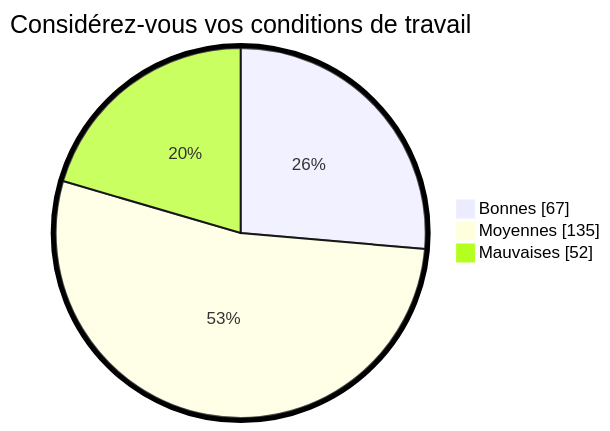
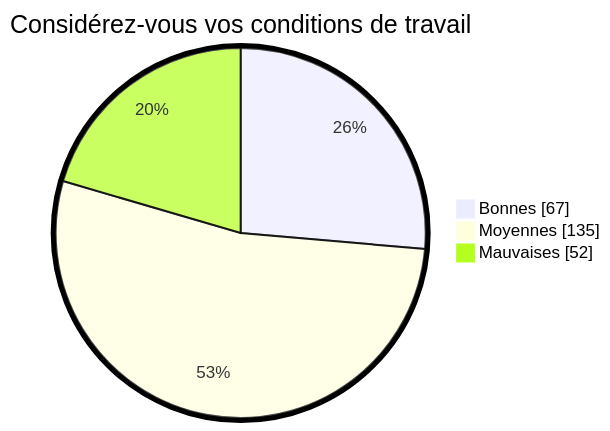
One commit to MadMaxTest-afk/hugoplate changed the third of 3 diagrams in content/english/pages/elements.md. Above: the diagram before and after it, drawn with Mermaid.

````diff
--- a/content/english/pages/elements.md
+++ b/content/english/pages/elements.md
@@ -261,10 +261,10 @@
 ```mermaid
-%%{init: {"pie": {"textPosition": 0.5}, "themeVariables": {"pieOuterStrokeWidth": "5px"}} }%%
+%%{init: {"pie": {"textPosition": 0.8}, "themeVariables": {"pieOuterStrokeWidth": "5px"}} }%%
 pie showData
     title Considérez-vous vos conditions de travail
     "Bonnes" : 67
     "Moyennes" : 135
     "Mauvaises" : 52
     
 
 ```
````
